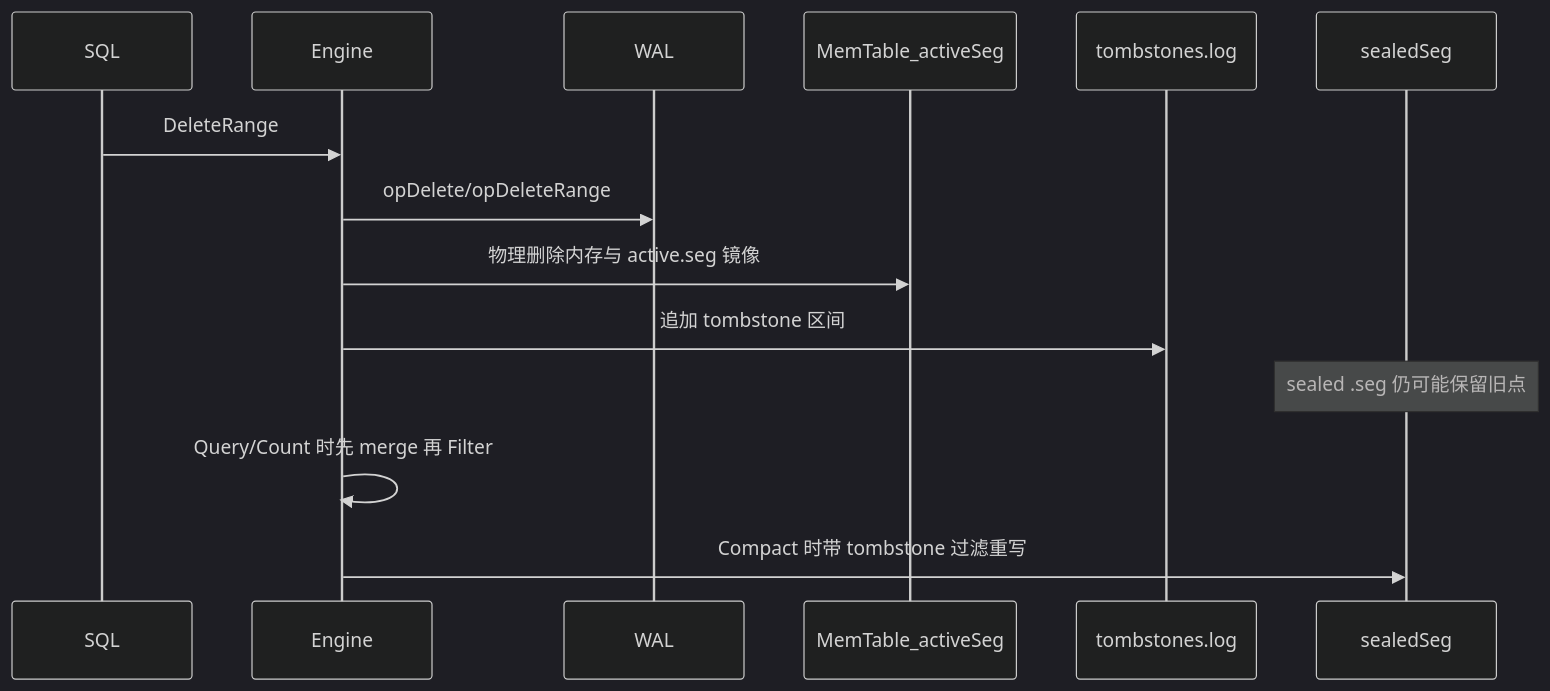
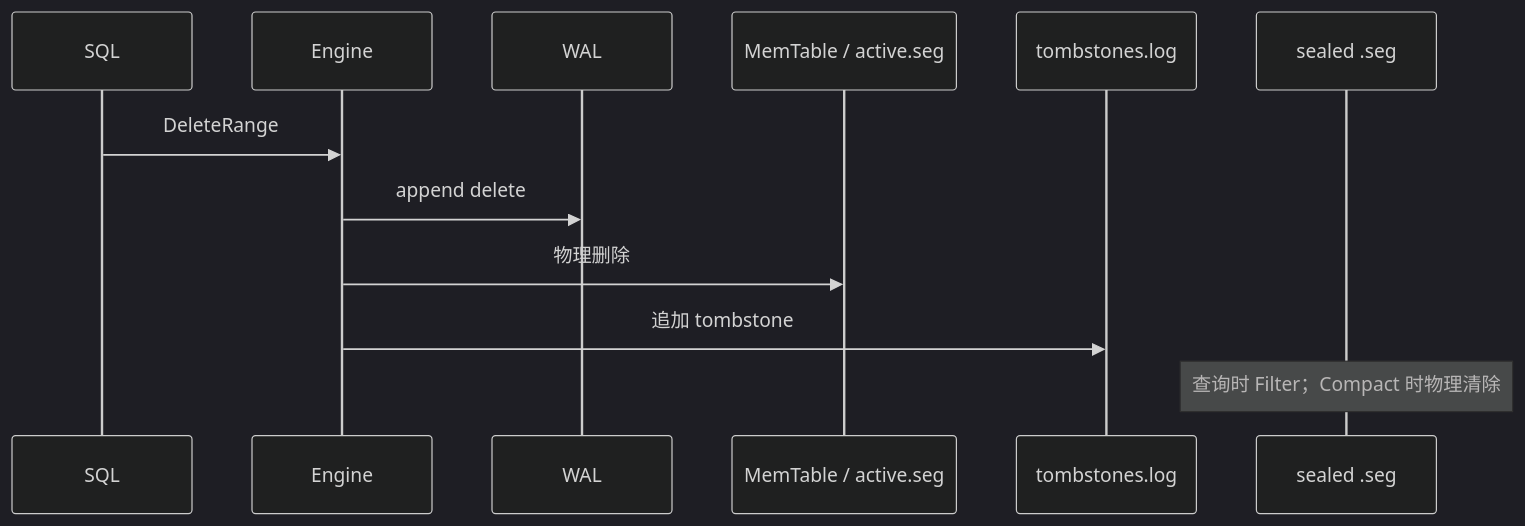
One commit to Yuukadesu/TideTS changed the second of 2 diagrams in README.md. Above: the diagram before and after it, drawn with Mermaid (dark theme). The commit also changed other lines of this file and 38 other files, not shown here.

````diff
--- a/README.md
+++ b/README.md
@@ -185,17 +224,15 @@
 ```mermaid
 sequenceDiagram
   participant SQL
   participant Engine
   participant WAL
-  participant Mem as MemTable_activeSeg
+  participant Mem as MemTable / active.seg
   participant Tomb as tombstones.log
-  participant Seg as sealedSeg
+  participant Seg as sealed .seg
 
   SQL->>Engine: DeleteRange
-  Engine->>WAL: opDelete/opDeleteRange
-  Engine->>Mem: 物理删除内存与 active.seg 镜像
-  Engine->>Tomb: 追加 tombstone 区间
-  Note over Seg: sealed .seg 仍可能保留旧点
-  Engine->>Engine: Query/Count 时先 merge 再 Filter
-  Engine->>Seg: Compact 时带 tombstone 过滤重写
+  Engine->>WAL: append delete
+  Engine->>Mem: 物理删除
+  Engine->>Tomb: 追加 tombstone
+  Note over Seg: 查询时 Filter；Compact 时物理清除
 ```
````
